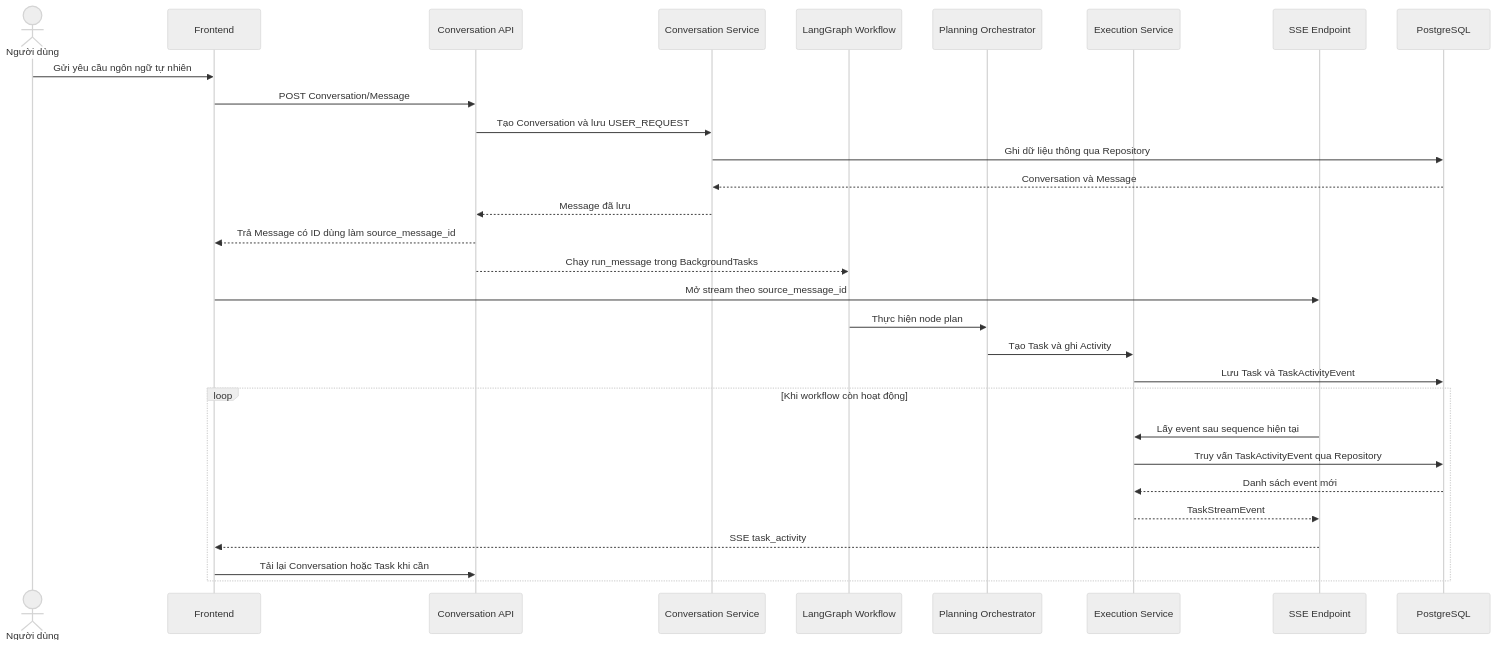
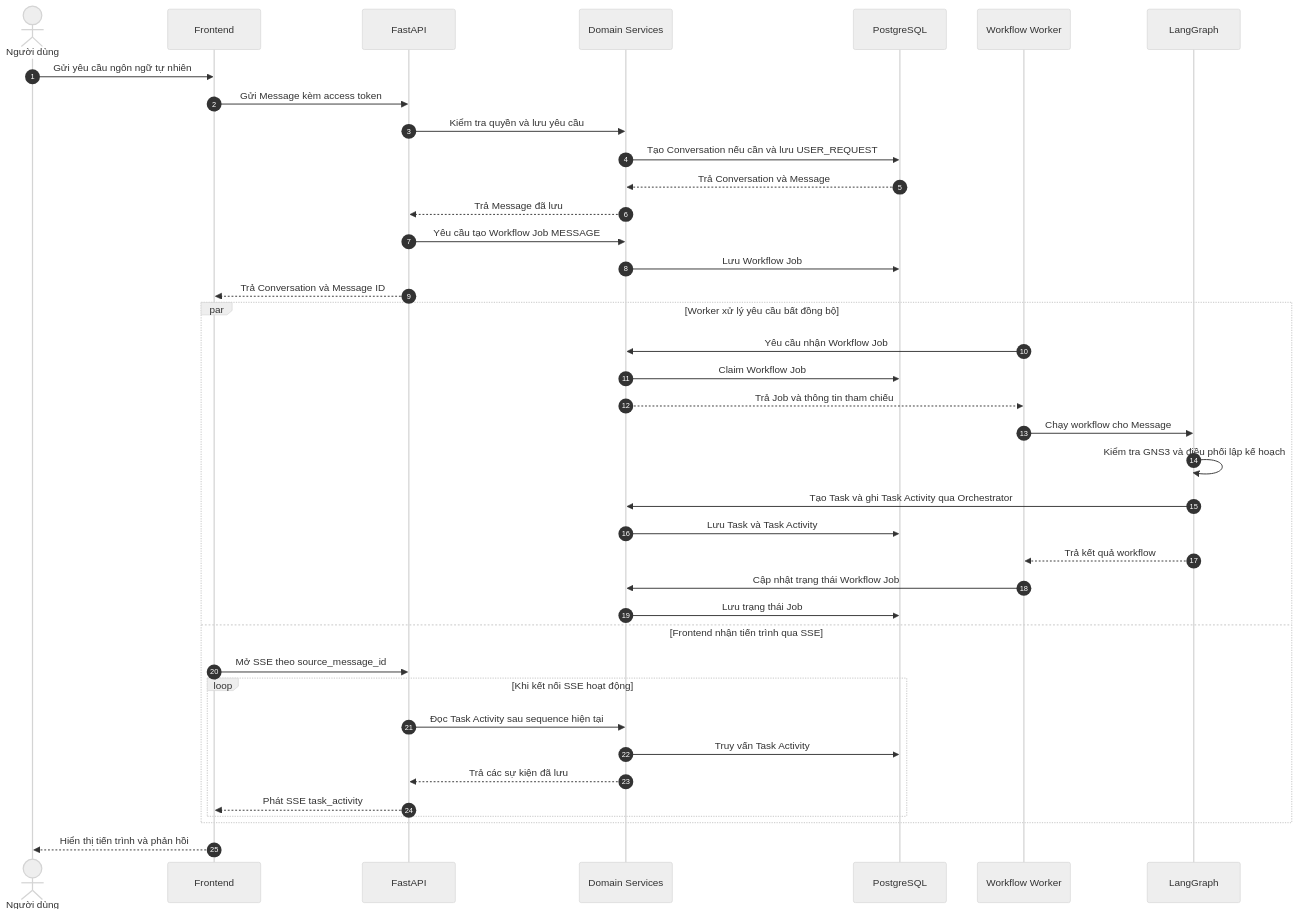
Before and after one commit to mujin0422/network-multi-agent-system-backend: the fourth of 12 diagrams in docs/reports/report-end-of-term.md, drawn with Mermaid (neutral theme). The commit also changed other lines of this file, not shown here.

Commit message:
docs(sequence): generalize 3.6.1 around durable workflow jobs, Worker and SSE

````diff
--- a/docs/reports/report-end-of-term.md
+++ b/docs/reports/report-end-of-term.md
@@ -942,36 +942,43 @@
 ```mermaid
 sequenceDiagram
+    autonumber
     actor User as Người dùng
     participant FE as Frontend
-    participant API as Conversation API
-    participant CS as Conversation Service
-    participant WF as LangGraph Workflow
-    participant PO as Planning Orchestrator
-    participant ES as Execution Service
-    participant SSE as SSE Endpoint
+    participant API as FastAPI
+    participant DS as Domain Services
     participant DB as PostgreSQL
+    participant Worker as Workflow Worker
+    participant Graph as LangGraph
 
     User->>FE: Gửi yêu cầu ngôn ngữ tự nhiên
-    FE->>API: POST Conversation/Message
-    API->>CS: Tạo Conversation và lưu USER_REQUEST
-    CS->>DB: Ghi dữ liệu thông qua Repository
-    DB-->>CS: Conversation và Message
-    CS-->>API: Message đã lưu
-    API-->>FE: Trả Message có ID dùng làm source_message_id
+    FE->>API: Gửi Message kèm access token
+    API->>DS: Kiểm tra quyền và lưu yêu cầu
+    DS->>DB: Tạo Conversation nếu cần và lưu USER_REQUEST
+    DB-->>DS: Trả Conversation và Message
+    DS-->>API: Trả Message đã lưu
+    API->>DS: Yêu cầu tạo Workflow Job MESSAGE
+    DS->>DB: Lưu Workflow Job
+    API-->>FE: Trả Conversation và Message ID
 
-    API-->>WF: Chạy run_message trong BackgroundTasks
-    FE->>SSE: Mở stream theo source_message_id
-
-    WF->>PO: Thực hiện node plan
-    PO->>ES: Tạo Task và ghi Activity
-    ES->>DB: Lưu Task và TaskActivityEvent
-
-    loop Khi workflow còn hoạt động
-        SSE->>ES: Lấy event sau sequence hiện tại
-        ES->>DB: Truy vấn TaskActivityEvent qua Repository
-        DB-->>ES: Danh sách event mới
-        ES-->>SSE: TaskStreamEvent
-        SSE-->>FE: SSE task_activity
-        FE->>API: Tải lại Conversation hoặc Task khi cần
+    par Worker xử lý yêu cầu bất đồng bộ
+        Worker->>DS: Yêu cầu nhận Workflow Job
+        DS->>DB: Claim Workflow Job
+        DS-->>Worker: Trả Job và thông tin tham chiếu
+        Worker->>Graph: Chạy workflow cho Message
+        Graph->>Graph: Kiểm tra GNS3 và điều phối lập kế hoạch
+        Graph->>DS: Tạo Task và ghi Task Activity qua Orchestrator
+        DS->>DB: Lưu Task và Task Activity
+        Graph-->>Worker: Trả kết quả workflow
+        Worker->>DS: Cập nhật trạng thái Workflow Job
+        DS->>DB: Lưu trạng thái Job
+    and Frontend nhận tiến trình qua SSE
+        FE->>API: Mở SSE theo source_message_id
+        loop Khi kết nối SSE hoạt động
+            API->>DS: Đọc Task Activity sau sequence hiện tại
+            DS->>DB: Truy vấn Task Activity
+            DS-->>API: Trả các sự kiện đã lưu
+            API-->>FE: Phát SSE task_activity
+        end
     end
+    FE-->>User: Hiển thị tiến trình và phản hồi
 ```
````
